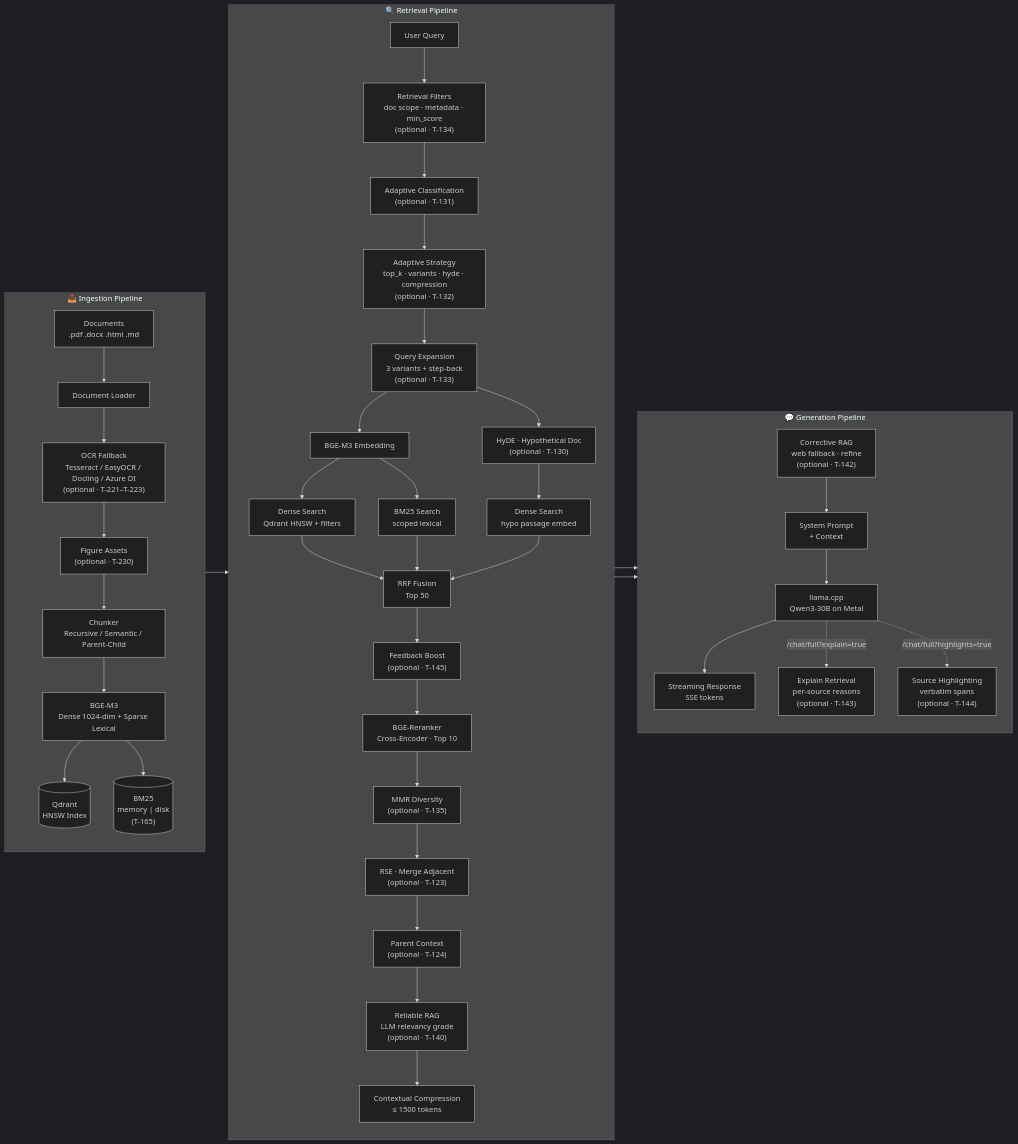
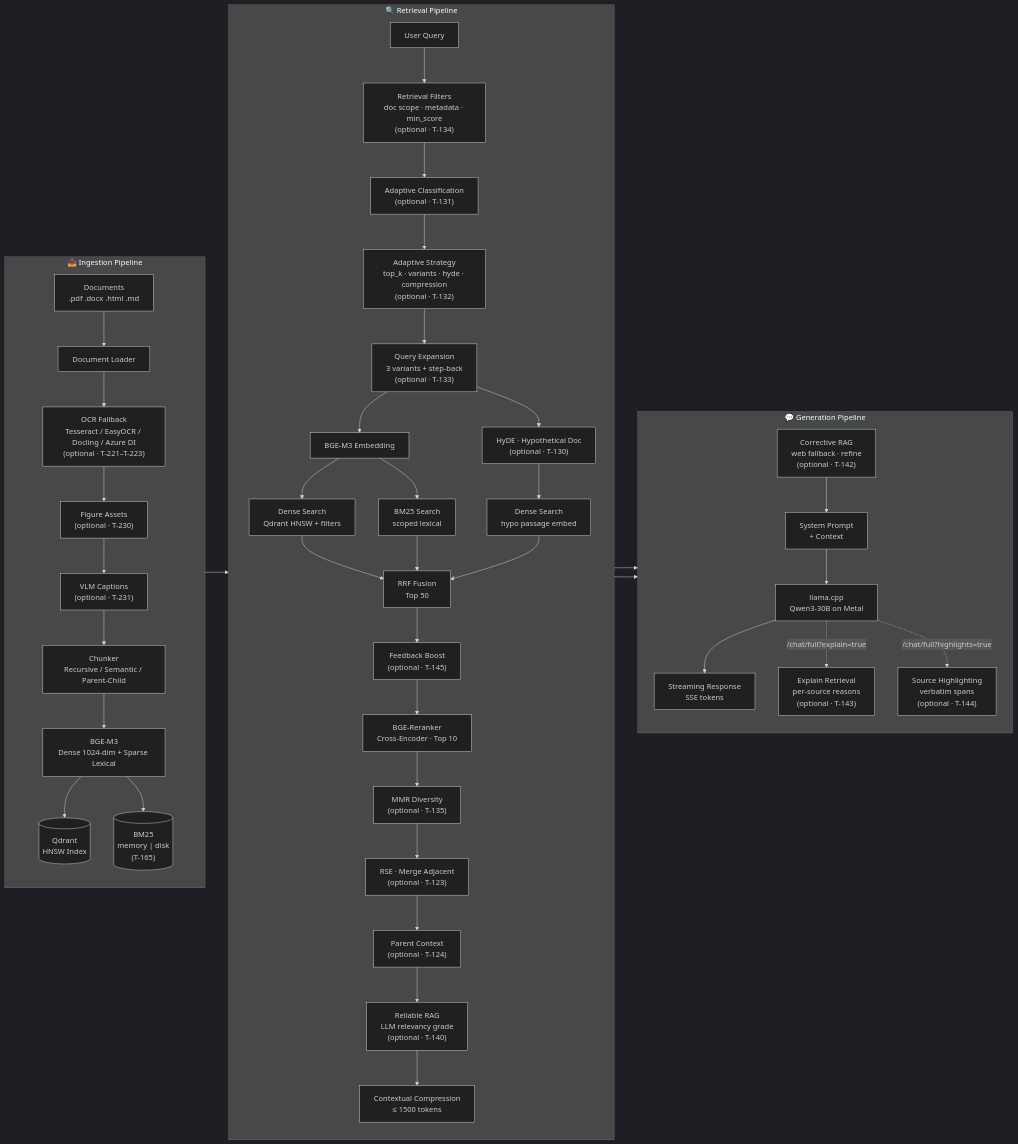
The first of 25 diagrams in README.md (ealbertoav/rag_platform), drawn with Mermaid (dark theme) before and after one commit. The commit also changed other lines of this file and 17 other files, not shown here.

First line of the commit message:
Add VLM figure captioning support with tests and provider wiring (T-231):

````diff
--- a/README.md
+++ b/README.md
@@ -120,49 +121,50 @@
 ```mermaid
 flowchart LR
     subgraph INGEST["📥 Ingestion Pipeline"]
         direction TB
         D["Documents<br/>.pdf .docx .html .md"] --> L[Document Loader]
         L --> OCR["OCR Fallback<br/>Tesseract / EasyOCR / Docling / Azure DI<br/>(optional · T-221–T-223)"]
         OCR --> FIG["Figure Assets<br/>(optional · T-230)"]
-        FIG --> C["Chunker<br/>Recursive / Semantic / Parent-Child"]
+        FIG --> CAP["VLM Captions<br/>(optional · T-231)"]
+        CAP --> C["Chunker<br/>Recursive / Semantic / Parent-Child"]
         C --> E["BGE-M3<br/>Dense 1024-dim + Sparse Lexical"]
         E --> Q[("Qdrant<br/>HNSW Index")]
         E --> B[("BM25<br/>memory | disk<br/>(T-165)")]
     end
 
     subgraph RETRIEVE["🔍 Retrieval Pipeline"]
         direction TB
         QX["User Query"] --> FILT["Retrieval Filters<br/>doc scope · metadata · min_score<br/>(optional · T-134)"]
         FILT --> ADAPT["Adaptive Classification<br/>(optional · T-131)"]
         ADAPT --> STRAT["Adaptive Strategy<br/>top_k · variants · hyde · compression<br/>(optional · T-132)"]
         STRAT --> EXP["Query Expansion<br/>3 variants + step-back<br/>(optional · T-133)"]
         EXP --> EM[BGE-M3 Embedding]
         EXP --> HYDE["HyDE · Hypothetical Doc<br/>(optional · T-130)"]
         HYDE --> DS2["Dense Search<br/>hypo passage embed"]
         EM --> DS["Dense Search<br/>Qdrant HNSW + filters"]
         EM --> BS["BM25 Search<br/>scoped lexical"]
         DS --> RF["RRF Fusion<br/>Top 50"]
         DS2 --> RF
         BS --> RF
         RF --> FB["Feedback Boost<br/>(optional · T-145)"]
         FB --> RR["BGE-Reranker<br/>Cross-Encoder · Top 10"]
         RR --> DIV["MMR Diversity<br/>(optional · T-135)"]
         DIV --> RSE["RSE · Merge Adjacent<br/>(optional · T-123)"]
         RSE --> PC["Parent Context<br/>(optional · T-124)"]
         PC --> RRAG["Reliable RAG<br/>LLM relevancy grade<br/>(optional · T-140)"]
         RRAG --> CC["Contextual Compression<br/>≤ 1500 tokens"]
     end
 
     subgraph GENERATE["💬 Generation Pipeline"]
         direction TB
         CC --> CRAG["Corrective RAG<br/>web fallback · refine<br/>(optional · T-142)"]
         CRAG --> PR["System Prompt<br/>+ Context"]
         PR --> LLM["llama.cpp<br/>Qwen3-30B on Metal"]
         LLM --> SSE["Streaming Response<br/>SSE tokens"]
         LLM -.->|"/chat/full?explain=true"| XPL["Explain Retrieval<br/>per-source reasons<br/>(optional · T-143)"]
         LLM -.->|"/chat/full?highlights=true"| HL["Source Highlighting<br/>verbatim spans<br/>(optional · T-144)"]
     end
 
     INGEST --> RETRIEVE
     RETRIEVE --> GENERATE
 ```
````
